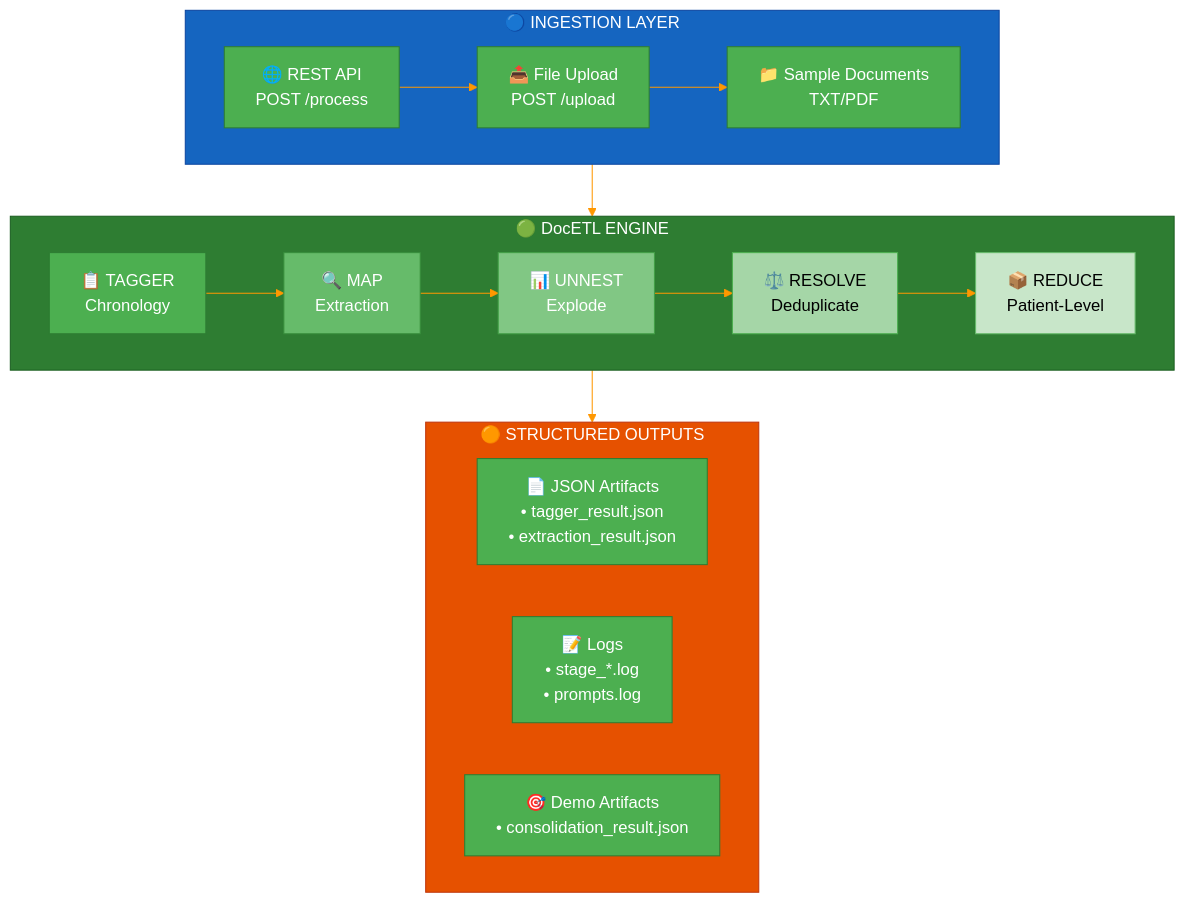
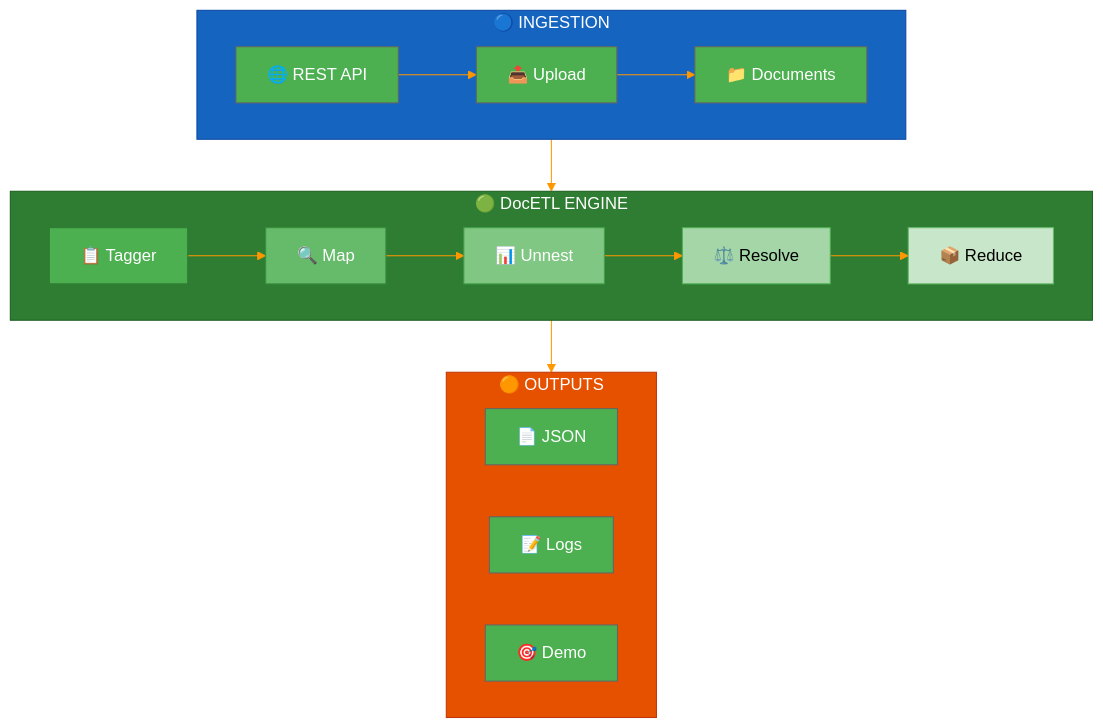
Before and after one commit to huseyincenik/john_snow_labs: the first of 7 diagrams in data_curation/README.md, drawn with Mermaid. The commit also changed other lines of this file, not shown here.

Commit message:
fix: shorten Mermaid diagram labels to prevent text overflow

````diff
--- a/data_curation/README.md
+++ b/data_curation/README.md
@@ -76,39 +76,39 @@
 ```mermaid
-%%{init: {'theme': 'base', 'themeVariables': { 'primaryColor': '#4CAF50', 'primaryTextColor': '#fff', 'primaryBorderColor': '#2E7D32', 'lineColor': '#FF9800', 'secondaryColor': '#2196F3', 'tertiaryColor': '#9C27B0'}}}%%
+%%{init: {'theme': 'base', 'themeVariables': { 'primaryColor': '#4CAF50', 'primaryTextColor': '#fff', 'lineColor': '#FF9800'}}}%%
 flowchart TB
-    subgraph INGESTION["🔵 INGESTION LAYER"]
+    subgraph INGESTION["🔵 INGESTION"]
         direction LR
-        API["🌐 REST API<br/>POST /process"]
-        UPLOAD["📤 File Upload<br/>POST /upload"]
-        DOCS["📁 Sample Documents<br/>TXT/PDF"]
+        API["🌐 REST API"]
+        UPLOAD["📤 Upload"]
+        DOCS["📁 Documents"]
         API --> UPLOAD --> DOCS
     end
 
     subgraph ENGINE["🟢 DocETL ENGINE"]
         direction LR
-        TAGGER["📋 TAGGER<br/>Chronology"]
-        MAP["🔍 MAP<br/>Extraction"]
-        UNNEST["📊 UNNEST<br/>Explode"]
-        RESOLVE["⚖️ RESOLVE<br/>Deduplicate"]
-        REDUCE["📦 REDUCE<br/>Patient-Level"]
+        TAGGER["📋 Tagger"]
+        MAP["🔍 Map"]
+        UNNEST["📊 Unnest"]
+        RESOLVE["⚖️ Resolve"]
+        REDUCE["📦 Reduce"]
         TAGGER --> MAP --> UNNEST --> RESOLVE --> REDUCE
     end
 
-    subgraph OUTPUTS["🟠 STRUCTURED OUTPUTS"]
+    subgraph OUTPUTS["🟠 OUTPUTS"]
         direction LR
-        JSON["📄 JSON Artifacts<br/>• tagger_result.json<br/>• extraction_result.json"]
-        LOGS["📝 Logs<br/>• stage_*.log<br/>• prompts.log"]
-        DEMO["🎯 Demo Artifacts<br/>• consolidation_result.json"]
+        JSON["📄 JSON"]
+        LOGS["📝 Logs"]
+        DEMO["🎯 Demo"]
     end
 
     INGESTION --> ENGINE --> OUTPUTS
 
     style INGESTION fill:#1565C0,stroke:#0D47A1,color:#fff
     style ENGINE fill:#2E7D32,stroke:#1B5E20,color:#fff
     style OUTPUTS fill:#E65100,stroke:#BF360C,color:#fff
     style TAGGER fill:#4CAF50,stroke:#2E7D32,color:#fff
     style MAP fill:#66BB6A,stroke:#388E3C,color:#fff
     style UNNEST fill:#81C784,stroke:#43A047,color:#fff
     style RESOLVE fill:#A5D6A7,stroke:#4CAF50,color:#000
     style REDUCE fill:#C8E6C9,stroke:#66BB6A,color:#000
 ```
````
